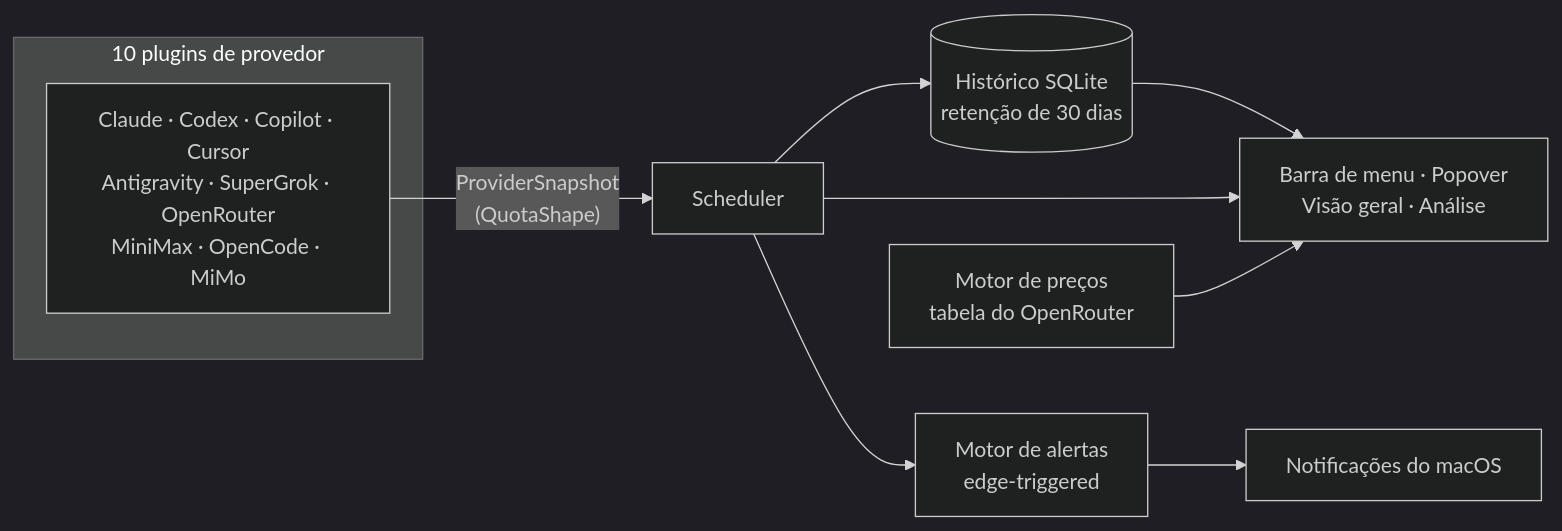
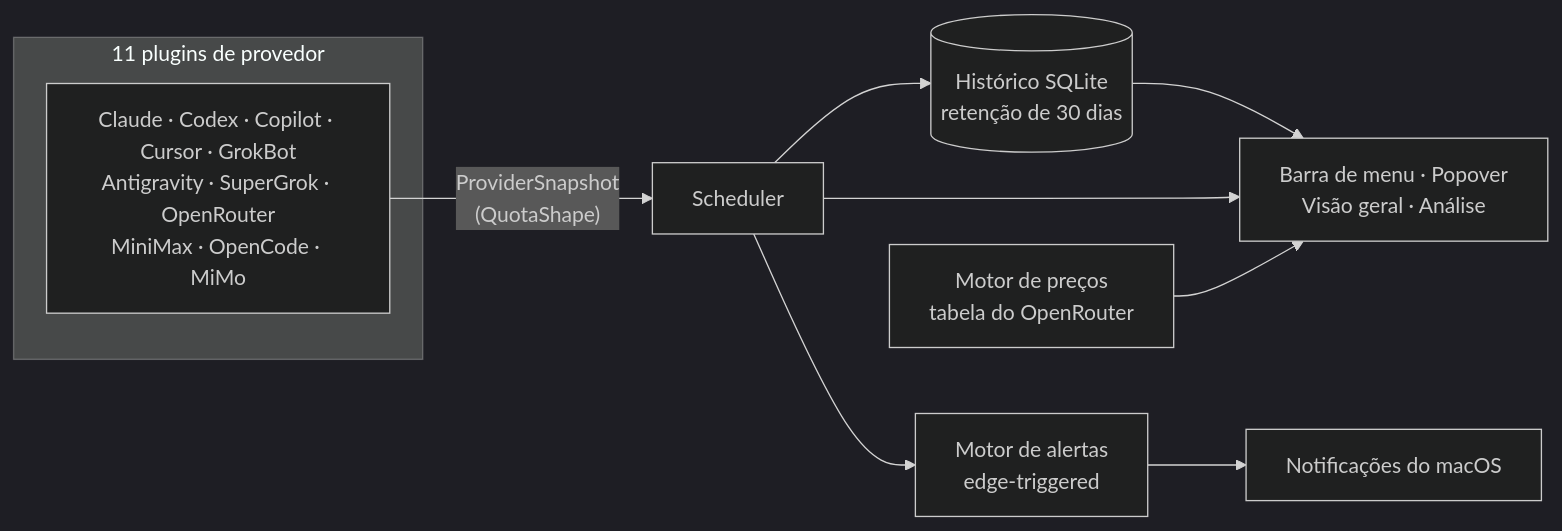
The diagram in README.pt-BR.md (OkamiOps/OkTally), drawn with Mermaid (dark theme) before and after one commit. The commit also changed other lines of this file and 6 other files, not shown here.

````diff
--- a/README.pt-BR.md
+++ b/README.pt-BR.md
@@ -98,13 +99,13 @@
 ```mermaid
 flowchart LR
-    subgraph Providers["10 plugins de provedor"]
-        P1["Claude · Codex · Copilot · Cursor<br/>Antigravity · SuperGrok · OpenRouter<br/>MiniMax · OpenCode · MiMo"]
+    subgraph Providers["11 plugins de provedor"]
+        P1["Claude · Codex · Copilot · Cursor · GrokBot<br/>Antigravity · SuperGrok · OpenRouter<br/>MiniMax · OpenCode · MiMo"]
     end
     P1 -->|"ProviderSnapshot<br/>(QuotaShape)"| S[Scheduler]
     S --> DB[(Histórico SQLite<br/>retenção de 30 dias)]
     S --> AE[Motor de alertas<br/>edge-triggered]
     AE --> N[Notificações do macOS]
     DB --> UI["Barra de menu · Popover<br/>Visão geral · Análise"]
     S --> UI
     PE[Motor de preços<br/>tabela do OpenRouter] --> UI
 ```
````
